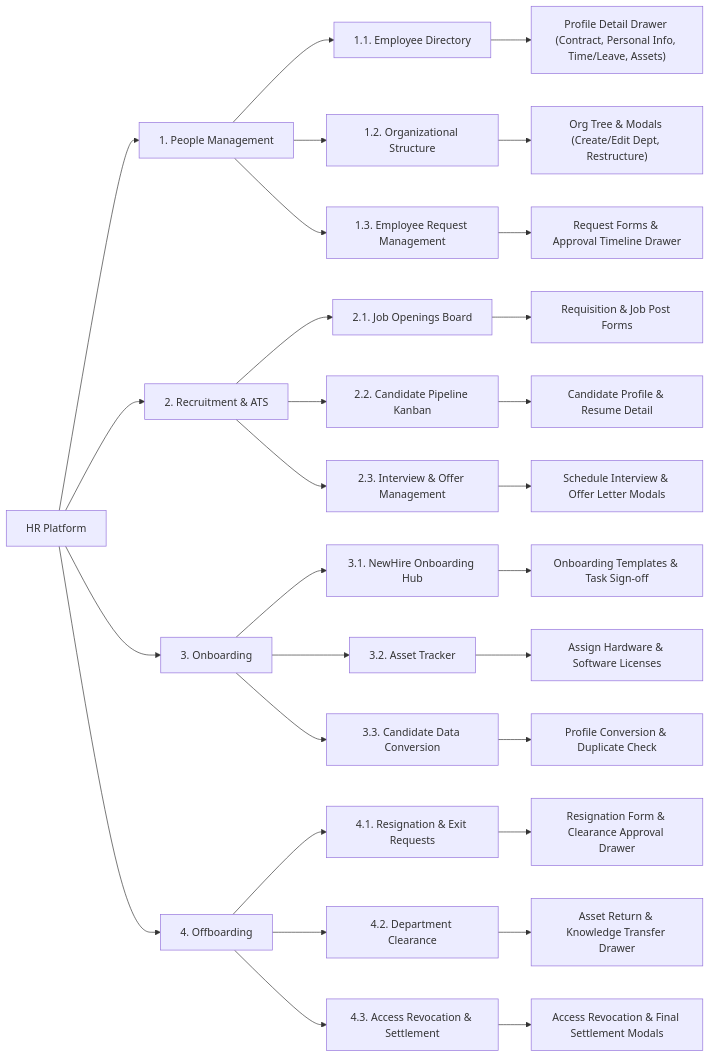
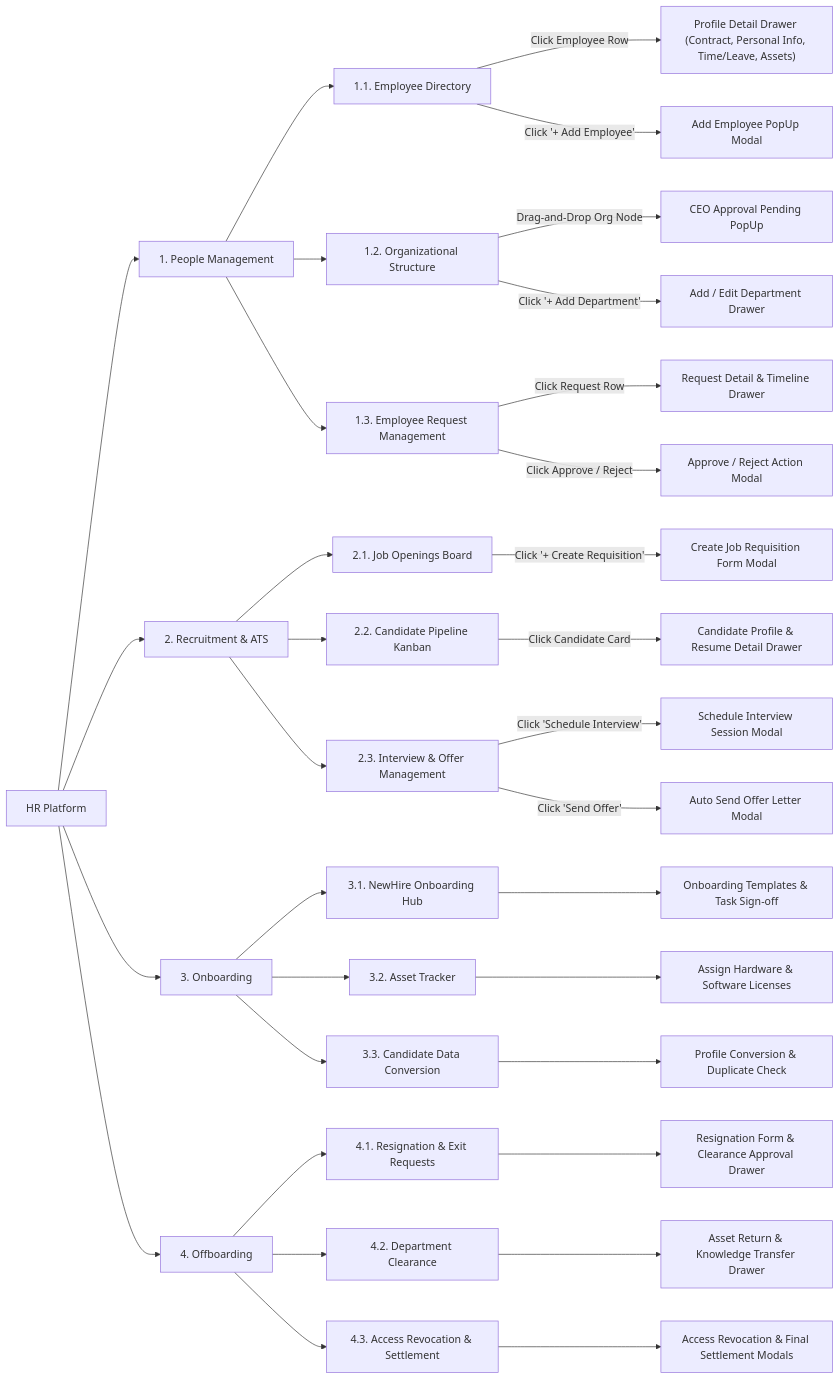
One commit to Dikhang1112/Monitoring_HR changed the diagram in IA/README.md. Above: the diagram before and after it, drawn with Mermaid. The commit also changed other lines of this file and 25 other files, not shown here.

````diff
--- a/IA/README.md
+++ b/IA/README.md
@@ -17,47 +17,53 @@
 ```mermaid
 flowchart LR
     %% Root Navigation Shell
     ROOT["HR Platform"]
 
     %% Main Page Routes
     ROOT --> PPL["1. People Management"]
     ROOT --> REC["2. Recruitment & ATS"]
     ROOT --> ONB["3. Onboarding"]
     ROOT --> OFF["4. Offboarding"]
 
     %% 1. People Management Nodes
     PPL --> P_EMP["1.1. Employee Directory"]
     PPL --> P_ORG["1.2. Organizational Structure"]
     PPL --> P_REQ["1.3. Employee Request Management"]
 
-    P_EMP --> P_EMP_DET["Profile Detail Drawer (Contract, Personal Info, Time/Leave, Assets)"]
-    P_ORG --> P_ORG_MOD["Org Tree & Modals (Create/Edit Dept, Restructure)"]
-    P_REQ --> P_REQ_MOD["Request Forms & Approval Timeline Drawer"]
+    P_EMP -- "Click Employee Row" --> P_EMP_DET["Profile Detail Drawer (Contract, Personal Info, Time/Leave, Assets)"]
+    P_EMP -- "Click '+ Add Employee'" --> P_EMP_ADD["Add Employee PopUp Modal"]
+    
+    P_ORG -- "Drag-and-Drop Org Node" --> P_ORG_CEO["CEO Approval Pending PopUp"]
+    P_ORG -- "Click '+ Add Department'" --> P_ORG_DEP["Add / Edit Department Drawer"]
+
+    P_REQ -- "Click Request Row" --> P_REQ_DET["Request Detail & Timeline Drawer"]
+    P_REQ -- "Click Approve / Reject" --> P_REQ_ACT["Approve / Reject Action Modal"]
 
     %% 2. Recruitment & ATS Nodes
     REC --> R_JOB["2.1. Job Openings Board"]
     REC --> R_KAN["2.2. Candidate Pipeline Kanban"]
     REC --> R_INT["2.3. Interview & Offer Management"]
 
-    R_JOB --> R_JOB_MOD["Requisition & Job Post Forms"]
-    R_KAN --> R_KAN_DET["Candidate Profile & Resume Detail"]
-    R_INT --> R_INT_MOD["Schedule Interview & Offer Letter Modals"]
+    R_JOB -- "Click '+ Create Requisition'" --> R_JOB_MOD["Create Job Requisition Form Modal"]
+    R_KAN -- "Click Candidate Card" --> R_KAN_DET["Candidate Profile & Resume Detail Drawer"]
+    R_INT -- "Click 'Schedule Interview'" --> R_INT_SCH["Schedule Interview Session Modal"]
+    R_INT -- "Click 'Send Offer'" --> R_INT_OFF["Auto Send Offer Letter Modal"]
 
     %% 3. Onboarding Nodes
     ONB --> O_HUB["3.1. NewHire Onboarding Hub"]
     ONB --> O_AST["3.2. Asset Tracker"]
     ONB --> O_DAT["3.3. Candidate Data Conversion"]
 
     O_HUB --> O_HUB_MOD["Onboarding Templates & Task Sign-off"]
     O_AST --> O_AST_MOD["Assign Hardware & Software Licenses"]
     O_DAT --> O_DAT_MOD["Profile Conversion & Duplicate Check"]
 
     %% 4. Offboarding Nodes
     OFF --> F_RES["4.1. Resignation & Exit Requests"]
     OFF --> F_CLR["4.2. Department Clearance"]
     OFF --> F_SET["4.3. Access Revocation & Settlement"]
 
     F_RES --> F_RES_MOD["Resignation Form & Clearance Approval Drawer"]
     F_CLR --> F_CLR_MOD["Asset Return & Knowledge Transfer Drawer"]
     F_SET --> F_SET_MOD["Access Revocation & Final Settlement Modals"]
 ```
````
